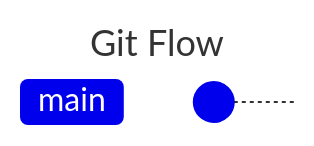
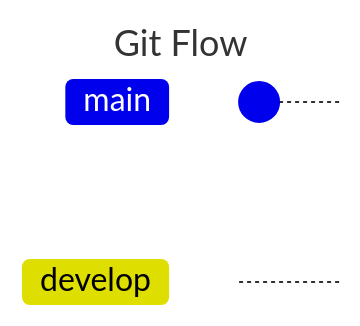
The diagram in README.md (Weydon-Ding/learn-gitflow), drawn with Mermaid before and after one commit. Commit ids are hidden.

Commit message:
feat: branch develop

````diff
--- a/README.md
+++ b/README.md
@@ -3,9 +3,10 @@
 ```mermaid
 ---
 title: Git Flow
 ---
 
 gitGraph
 
 commit
+branch develop
 ```
````
